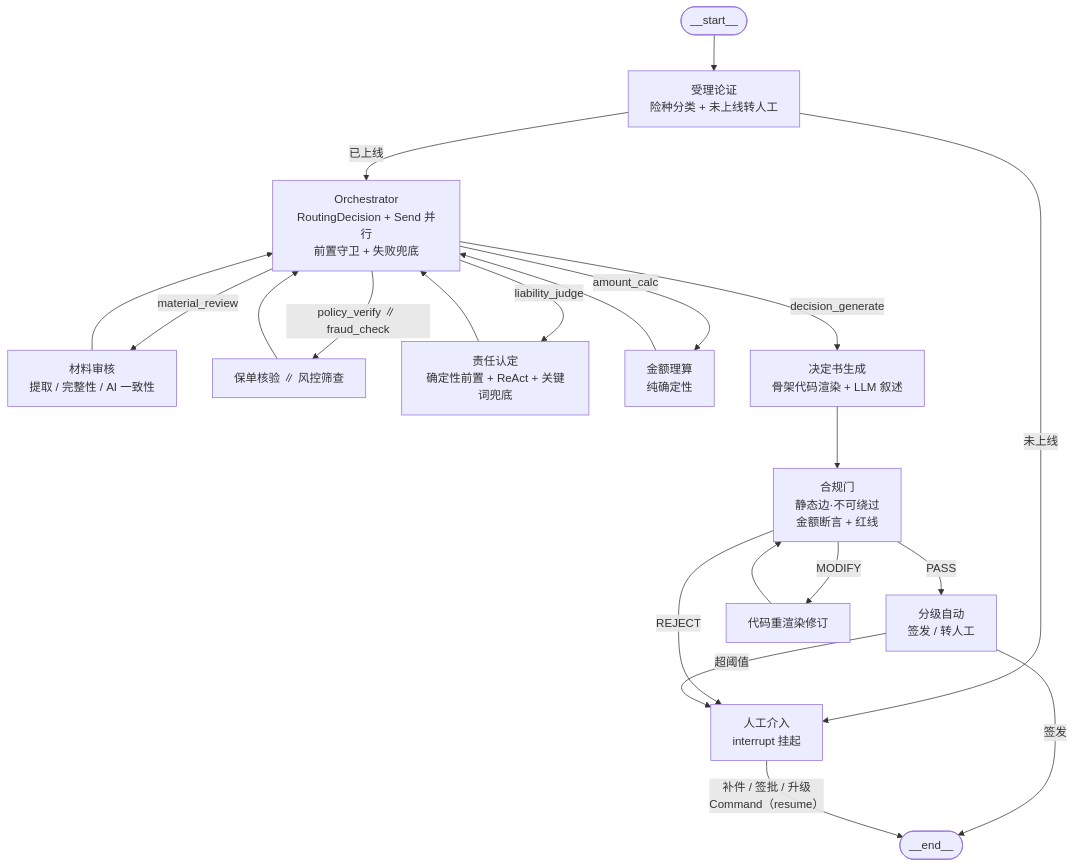
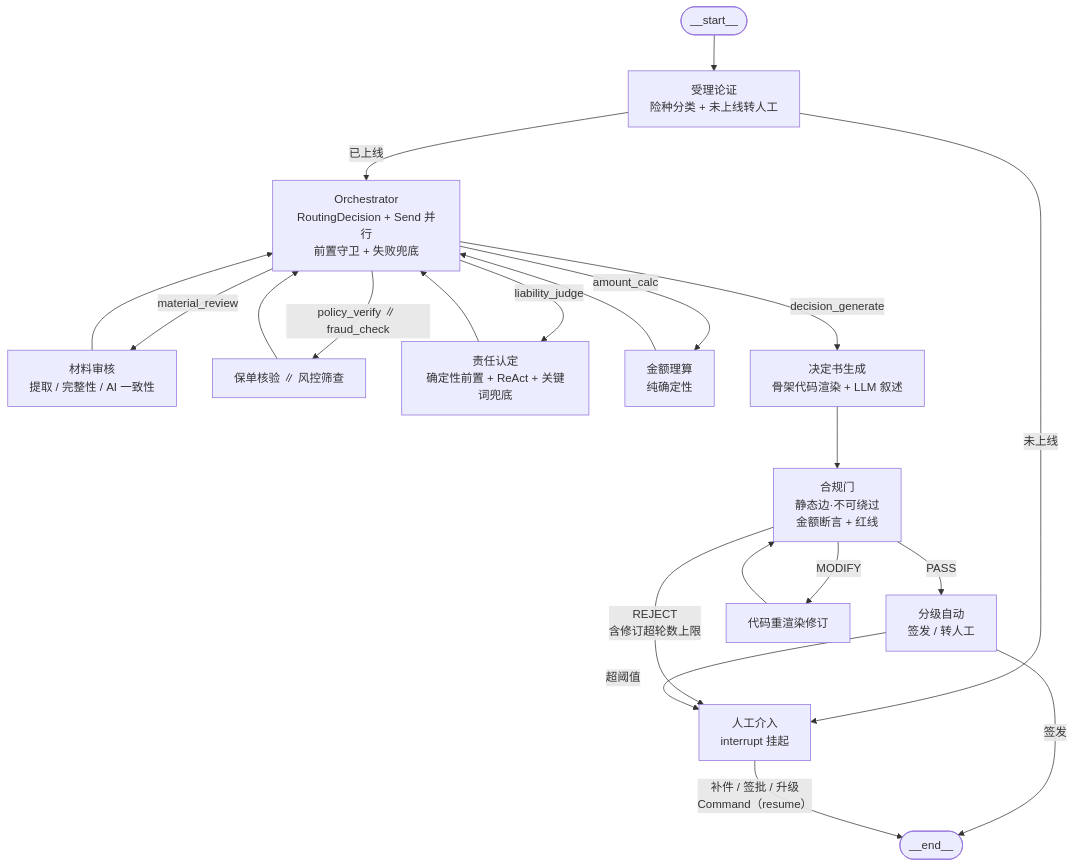
Before and after one commit to Soleil1043/claimflow: the diagram in README.md, drawn with Mermaid. The commit also changed other lines of this file and 20 other files, not shown here.

````diff
--- a/README.md
+++ b/README.md
@@ -137,22 +138,22 @@
 ```mermaid
 graph TD
     START([__start__]) --> intake[受理论证<br/>险种分类 + 未上线转人工]
     intake -->|已上线| orch[Orchestrator<br/>RoutingDecision + Send 并行<br/>前置守卫 + 失败兜底]
     intake -->|未上线| human_gate
     orch -->|material_review| mr[材料审核<br/>提取 / 完整性 / AI 一致性]
     orch -->|policy_verify ∥ fraud_check| pv[保单核验 ∥ 风控筛查]
     orch -->|liability_judge| lj[责任认定<br/>确定性前置 + ReAct + 关键词兜底]
     orch -->|amount_calc| ac[金额理算<br/>纯确定性]
     orch -->|decision_generate| dg[决定书生成<br/>骨架代码渲染 + LLM 叙述]
     mr --> orch
     pv --> orch
     lj --> orch
     ac --> orch
     dg --> cg[合规门<br/>静态边·不可绕过<br/>金额断言 + 红线]
     cg -->|PASS| aa[分级自动<br/>签发 / 转人工]
     cg -->|MODIFY| revise[代码重渲染修订] --> cg
-    cg -->|REJECT| human_gate[人工介入<br/>interrupt 挂起]
+    cg -->|REJECT<br/>含修订超轮数上限| human_gate[人工介入<br/>interrupt 挂起]
     aa -->|签发| END([__end__])
     aa -->|超阈值| human_gate
     human_gate -->|补件 / 签批 / 升级<br/>Command（resume）| END
 ```
````
